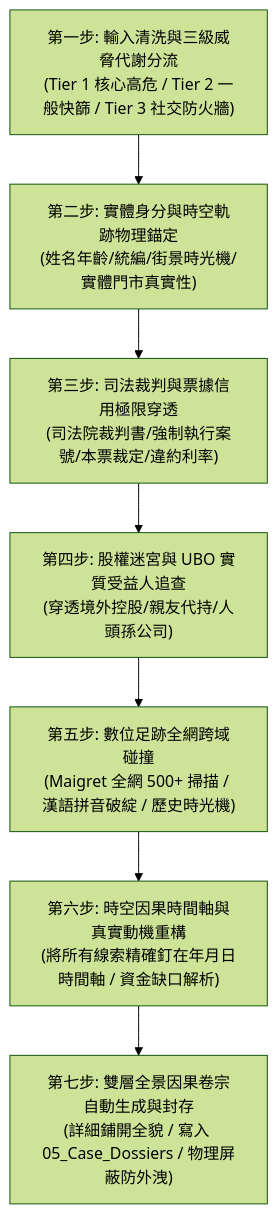
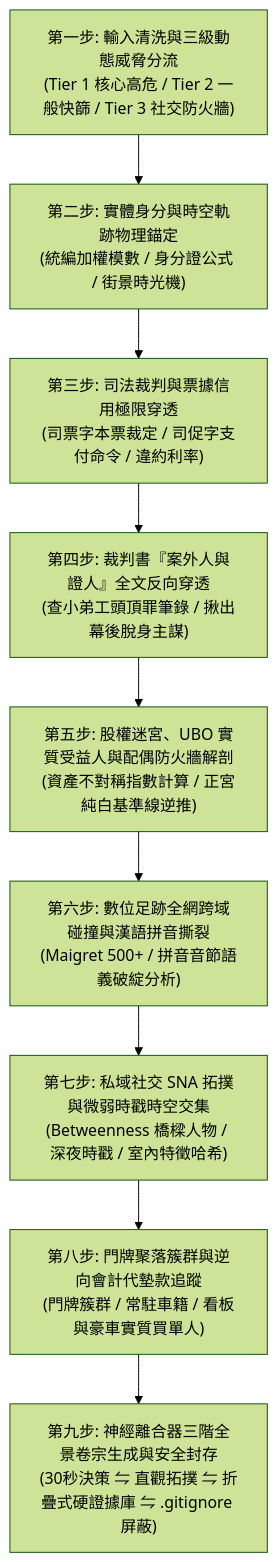
Before and after one commit to chalaw710218/00_Master_Polaris: the first of 2 diagrams in .agents/skills/polaris-forensic-investigator/SKILL.md, drawn with Mermaid (forest theme). The commit also changed other lines of this file and 21 other files, not shown here.

````diff
--- a/.agents/skills/polaris-forensic-investigator/SKILL.md
+++ b/.agents/skills/polaris-forensic-investigator/SKILL.md
@@ -26,9 +26,11 @@
 ```mermaid
 flowchart TD
-    S1["第一步: 輸入清洗與三級威脅代謝分流\n(Tier 1 核心高危 / Tier 2 一般快篩 / Tier 3 社交防火牆)"] --> S2["第二步: 實體身分與時空軌跡物理錨定\n(姓名年齡/統編/街景時光機/實體門市真實性)"]
-    S2 --> S3["第三步: 司法裁判與票據信用極限穿透\n(司法院裁判書/強制執行案號/本票裁定/違約利率)"]
-    S3 --> S4["第四步: 股權迷宮與 UBO 實質受益人追查\n(穿透境外控股/親友代持/人頭孫公司)"]
-    S4 --> S5["第五步: 數位足跡全網跨域碰撞\n(Maigret 全網 500+ 掃描 / 漢語拼音破綻 / 歷史時光機)"]
-    S5 --> S6["第六步: 時空因果時間軸與真實動機重構\n(將所有線索精確釘在年月日時間軸 / 資金缺口解析)"]
-    S6 --> S7["第七步: 雙層全景因果卷宗自動生成與封存\n(詳細鋪開全貌 / 寫入 05_Case_Dossiers / 物理屏蔽防外洩)"]
+    S1["第一步: 輸入清洗與三級動態威脅分流\n(Tier 1 核心高危 / Tier 2 一般快篩 / Tier 3 社交防火牆)"] --> S2["第二步: 實體身分與時空軌跡物理錨定\n(統編加權模數 / 身分證公式 / 街景時光機)"]
+    S2 --> S3["第三步: 司法裁判與票據信用極限穿透\n(司票字本票裁定 / 司促字支付命令 / 違約利率)"]
+    S3 --> S4["第四步: 裁判書『案外人與證人』全文反向穿透\n(查小弟工頭頂罪筆錄 / 揪出幕後脫身主謀)"]
+    S4 --> S5["第五步: 股權迷宮、UBO 實質受益人與配偶防火牆解剖\n(資產不對稱指數計算 / 正宮純白基準線逆推)"]
+    S5 --> S6["第六步: 數位足跡全網跨域碰撞與漢語拼音撕裂\n(Maigret 500+ / 拼音音節語義破綻分析)"]
+    S6 --> S7["第七步: 私域社交 SNA 拓撲與微弱時戳時空交集\n(Betweenness 橋樑人物 / 深夜時戳 / 室內特徵哈希)"]
+    S7 --> S8["第八步: 門牌聚落簇群與逆向會計代墊款追蹤\n(門牌簇群 / 常駐車籍 / 看板與豪車實質買單人)"]
+    S8 --> S9["第九步: 神經離合器三階全景卷宗生成與安全封存\n(30秒決策 ⇋ 直觀拓撲 ⇋ 折疊式硬證據庫 ⇋ .gitignore 屏蔽)"]
 ```
````
